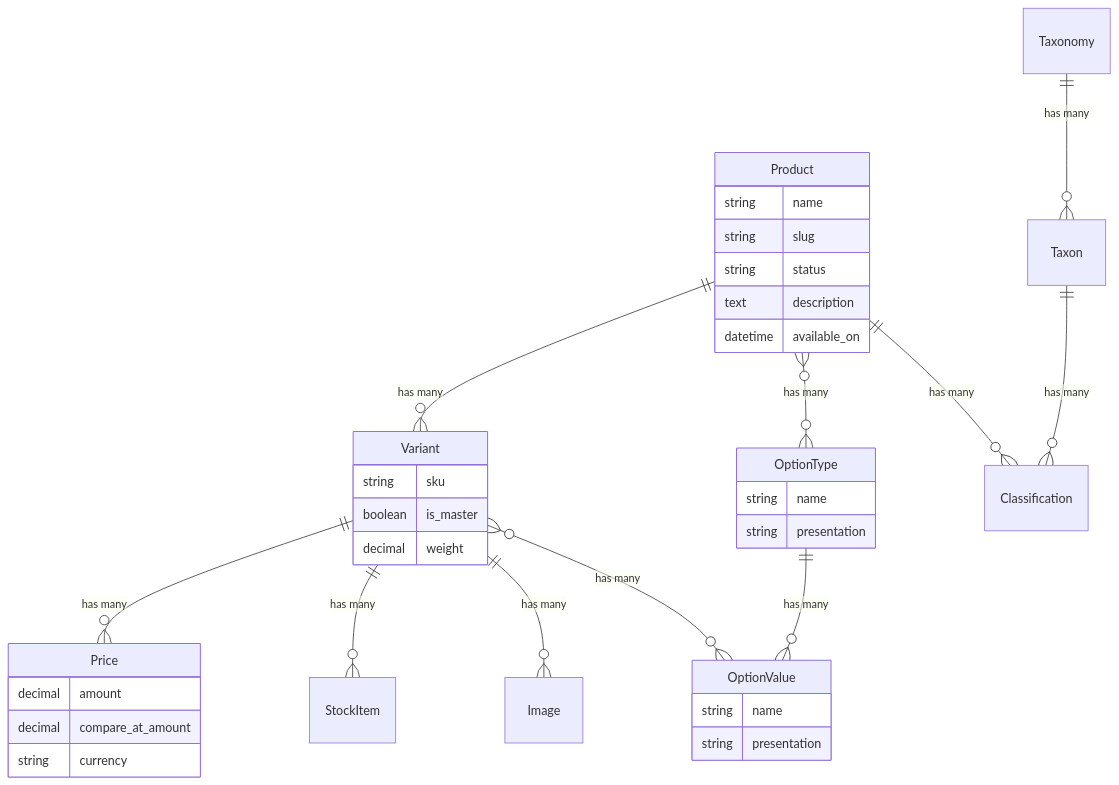
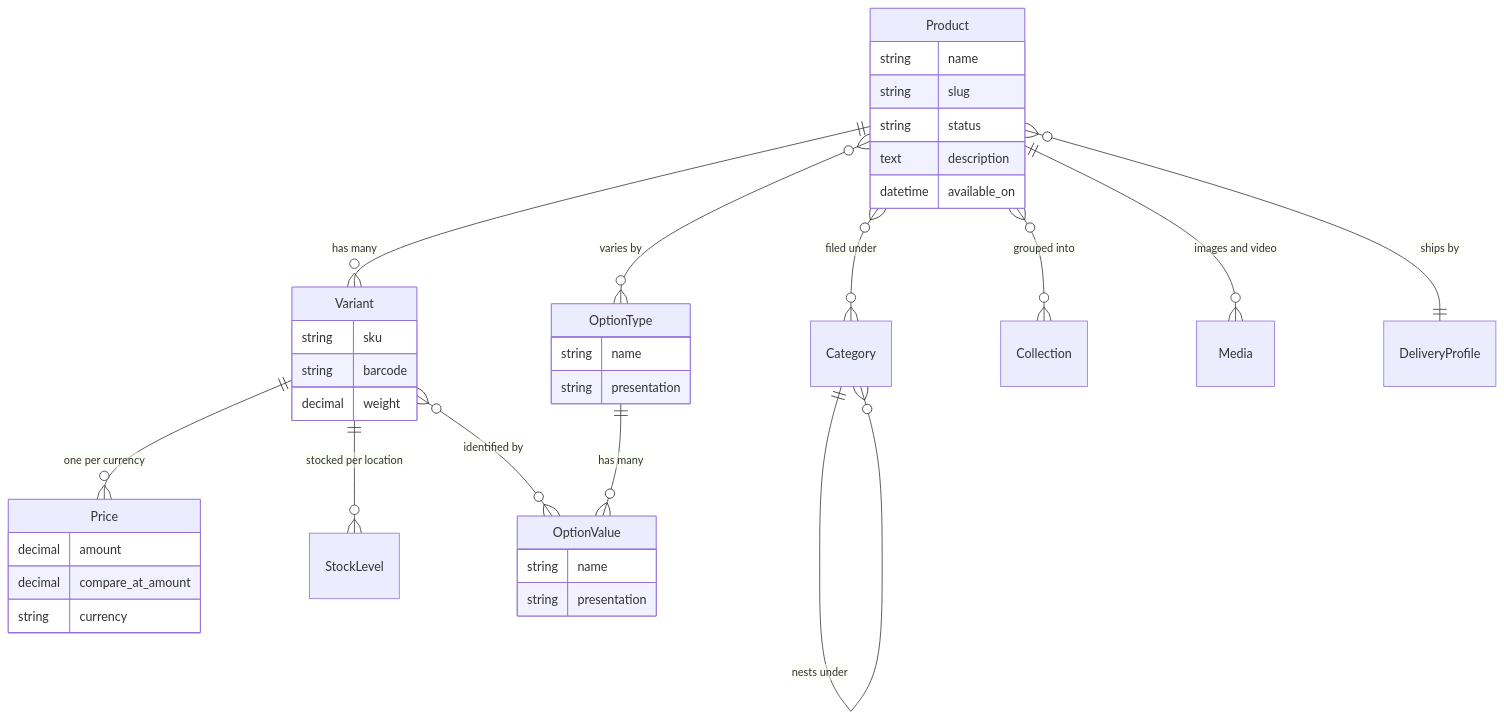
The first of 3 diagrams in docs/developer/core-concepts/products.mdx (spree/spree), drawn with Mermaid before and after one commit. The commit also changed other lines of this file and 28 other files, not shown here.

````diff
--- a/docs/developer/core-concepts/products.mdx
+++ b/docs/developer/core-concepts/products.mdx
@@ -18,43 +16,44 @@
 ```mermaid
 erDiagram
     Product ||--o{ Variant : "has many"
-    Product }o--o{ OptionType : "has many"
-    Product ||--o{ Classification : "has many"
-    Variant ||--o{ Price : "has many"
-    Variant ||--o{ StockItem : "has many"
-    Variant ||--o{ Image : "has many"
-    Variant }o--o{ OptionValue : "has many"
+    Product }o--o{ OptionType : "varies by"
+    Product }o--o{ Category : "filed under"
+    Product }o--o{ Collection : "grouped into"
+    Product ||--o{ Media : "images and video"
+    Product }o--|| DeliveryProfile : "ships by"
+    Variant ||--o{ Price : "one per currency"
+    Variant ||--o{ StockLevel : "stocked per location"
+    Variant }o--o{ OptionValue : "identified by"
     OptionType ||--o{ OptionValue : "has many"
-    Taxon ||--o{ Classification : "has many"
-    Taxonomy ||--o{ Taxon : "has many"
+    Category ||--o{ Category : "nests under"
 
     Product {
         string name
         string slug
         string status
         text description
         datetime available_on
     }
 
     Variant {
         string sku
-        boolean is_master
+        string barcode
         decimal weight
     }
 
     Price {
         decimal amount
         decimal compare_at_amount
         string currency
     }
 
     OptionType {
         string name
         string presentation
     }
 
     OptionValue {
         string name
         string presentation
     }
 ```
````
